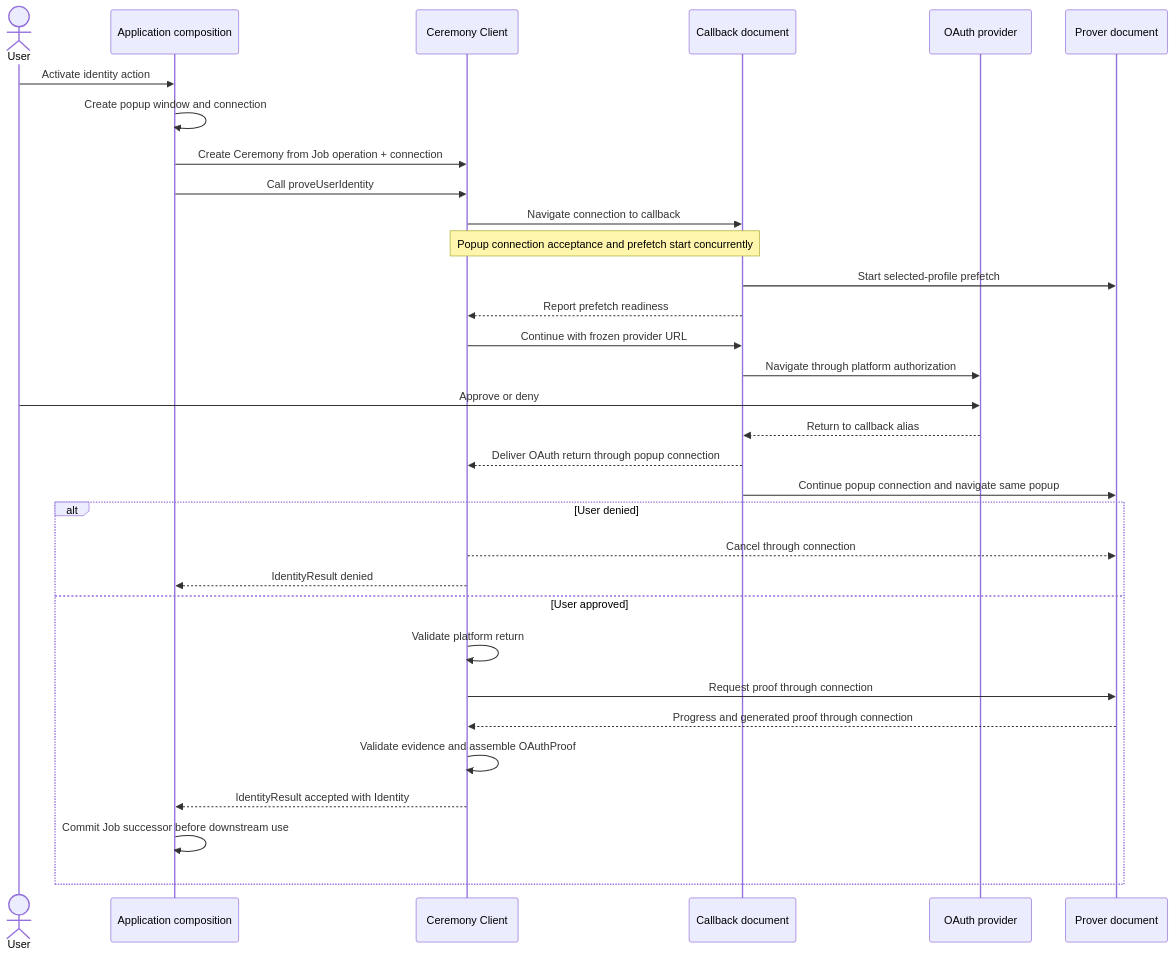
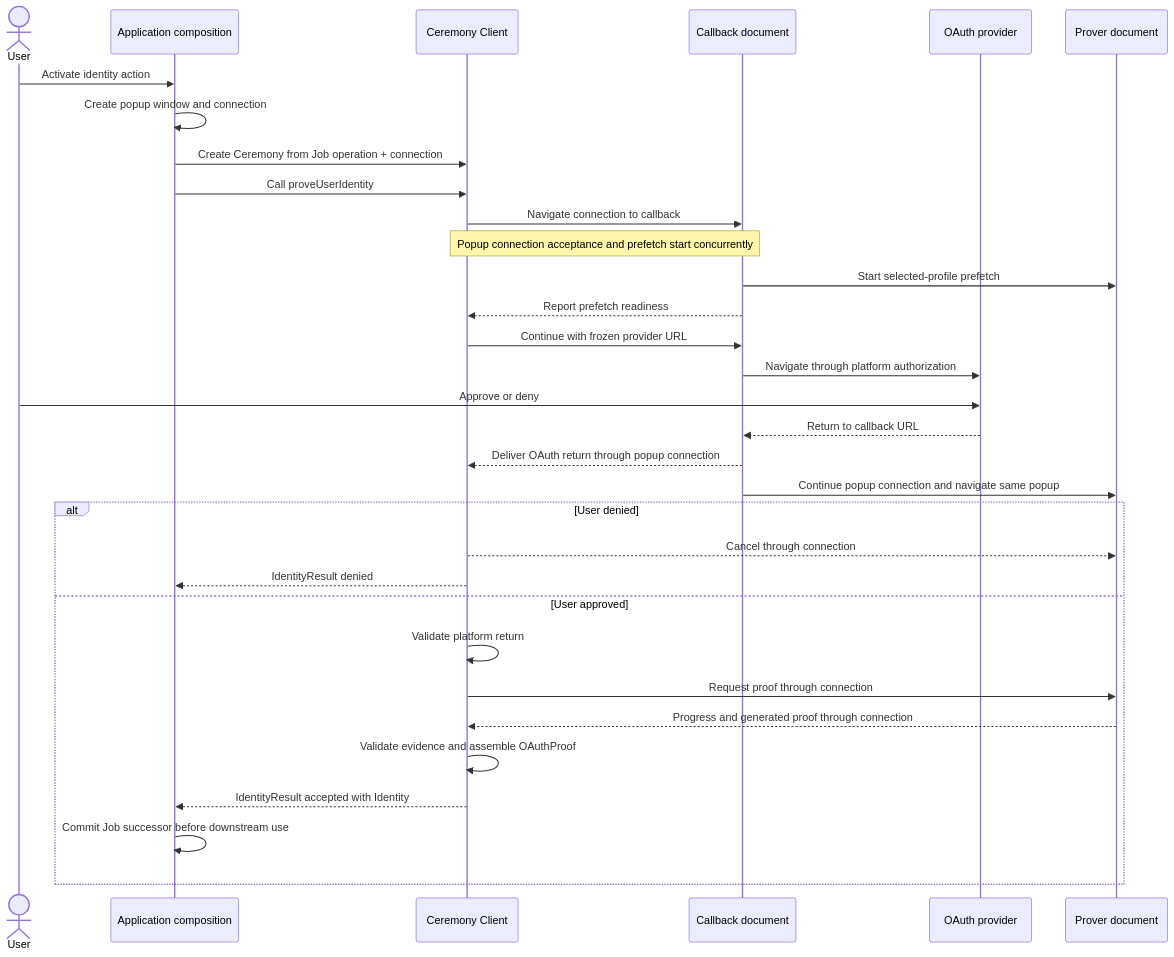
Before and after one commit to libid-org/libid: the diagram in ts/packages/ceremony/ARCHITECTURE.md, drawn with Mermaid. The commit also changed other lines of this file and 7 other files, not shown here.

````diff
--- a/ts/packages/ceremony/ARCHITECTURE.md
+++ b/ts/packages/ceremony/ARCHITECTURE.md
@@ -42,35 +44,35 @@
 ```mermaid
 sequenceDiagram
     actor U as User
     participant A as Application composition
     participant C as Ceremony Client
     participant P as Callback document
     participant O as OAuth provider
     participant R as Prover document
 
     U->>A: Activate identity action
     A->>A: Create popup window and connection
     A->>C: Create Ceremony from Job operation + connection
     A->>C: Call proveUserIdentity
     C->>P: Navigate connection to callback
     Note over C,P: Popup connection acceptance and prefetch start concurrently
     P->>R: Start selected-profile prefetch
     P-->>C: Report prefetch readiness
     C->>P: Continue with frozen provider URL
     P->>O: Navigate through platform authorization
     U->>O: Approve or deny
-    O-->>P: Return to callback alias
+    O-->>P: Return to callback URL
     P-->>C: Deliver OAuth return through popup connection
     P->>R: Continue popup connection and navigate same popup
     alt User denied
         C-->>R: Cancel through connection
         C-->>A: IdentityResult denied
     else User approved
         C->>C: Validate platform return
         C->>R: Request proof through connection
         R-->>C: Progress and generated proof through connection
         C->>C: Validate evidence and assemble OAuthProof
         C-->>A: IdentityResult accepted with Identity
         A->>A: Commit Job successor before downstream use
     end
 ```
````
